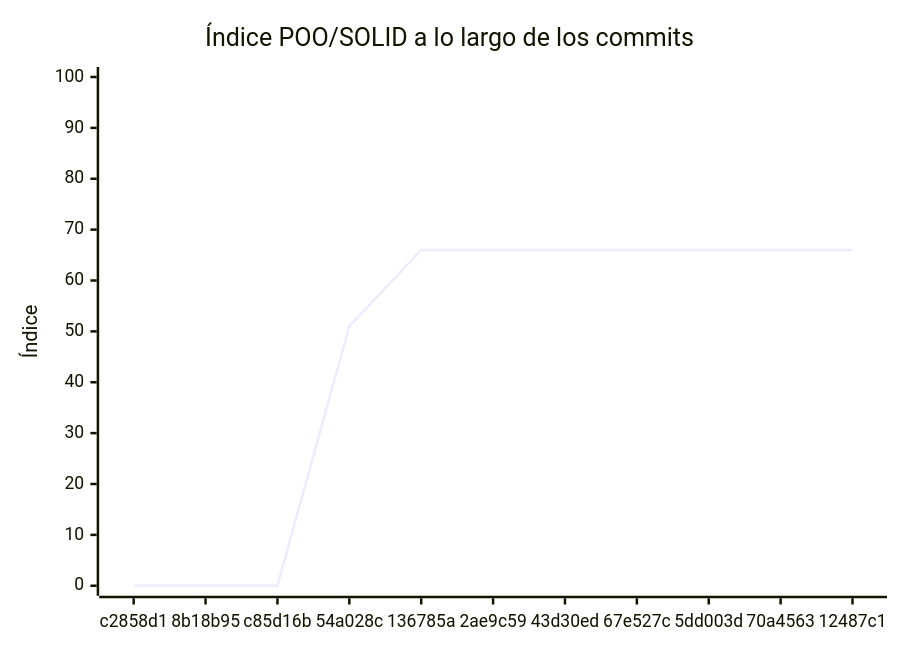
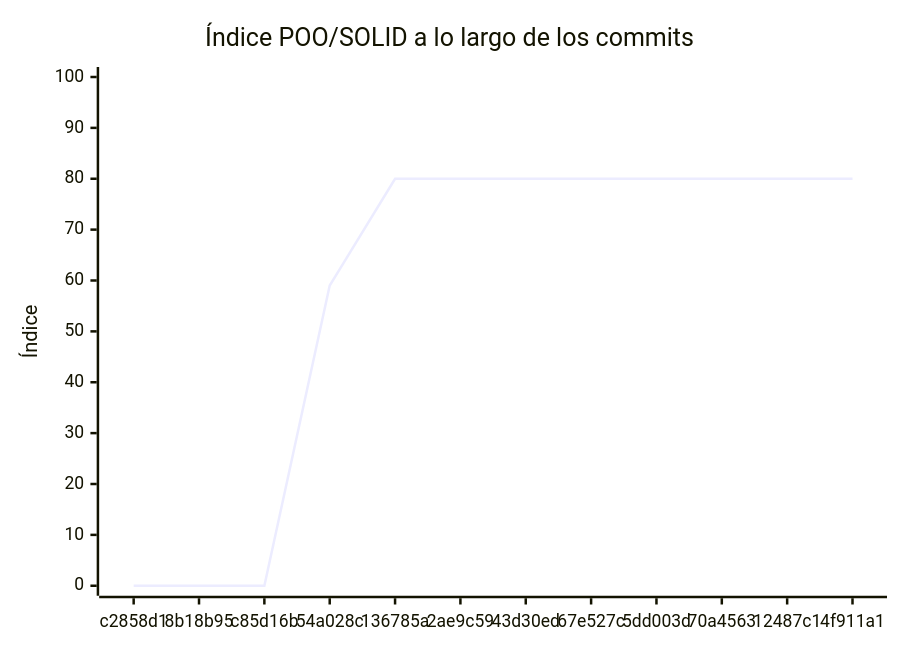
The diagram in docs/EVALUACION.md (Fisicos-informaticos/Tiro_Parab-lico), drawn with Mermaid before and after one commit. The commit also changed other lines of this file and 1 other file, not shown here.

````diff
--- a/docs/EVALUACION.md
+++ b/docs/EVALUACION.md
@@ -222,7 +249,7 @@
 ```mermaid
 xychart-beta
     title "Índice POO/SOLID a lo largo de los commits"
-    x-axis ["c2858d1", "8b18b95", "c85d16b", "54a028c", "136785a", "2ae9c59", "43d30ed", "67e527c", "5dd003d", "70a4563", "12487c1"]
+    x-axis ["c2858d1", "8b18b95", "c85d16b", "54a028c", "136785a", "2ae9c59", "43d30ed", "67e527c", "5dd003d", "70a4563", "12487c1", "4f911a1"]
     y-axis "Índice" 0 --> 100
-    line [0, 0, 0, 51, 66, 66, 66, 66, 66, 66, 66]
+    line [0, 0, 0, 59, 80, 80, 80, 80, 80, 80, 80, 80]
 ```
````
